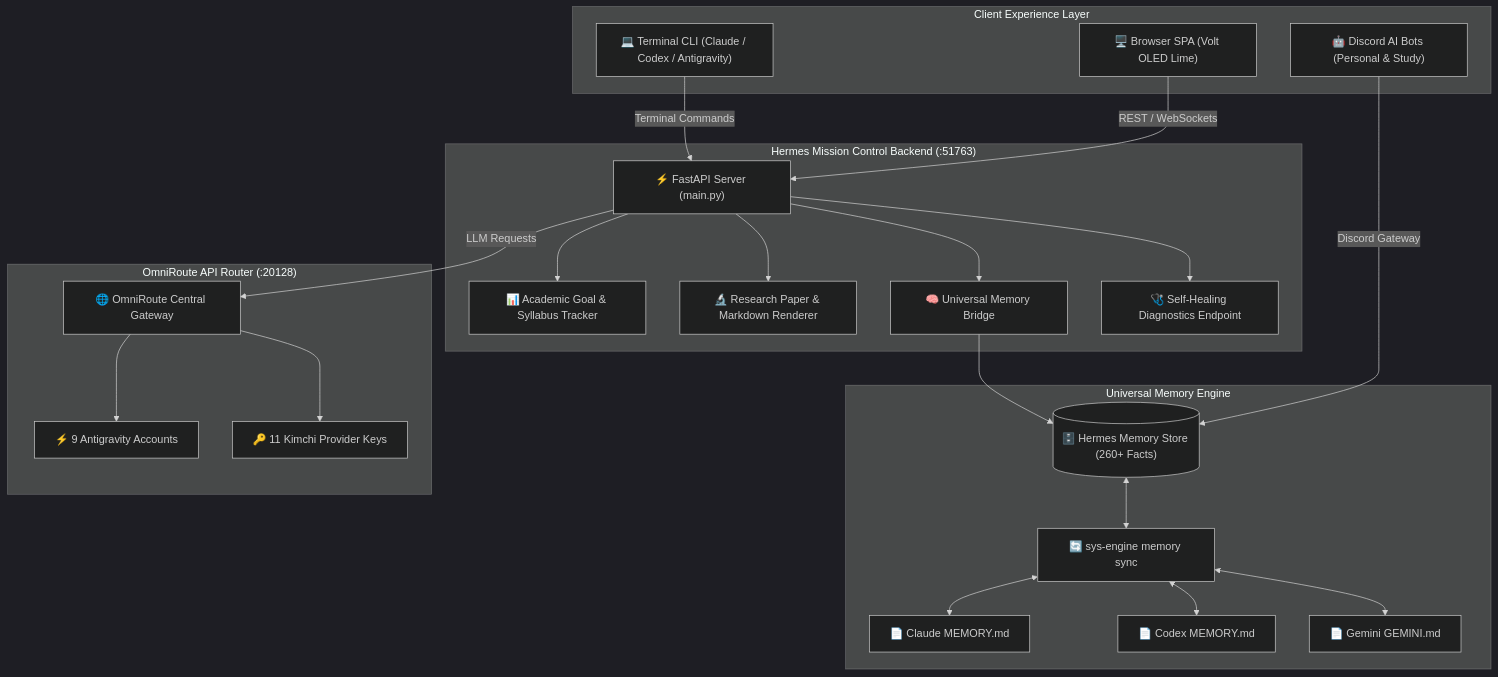
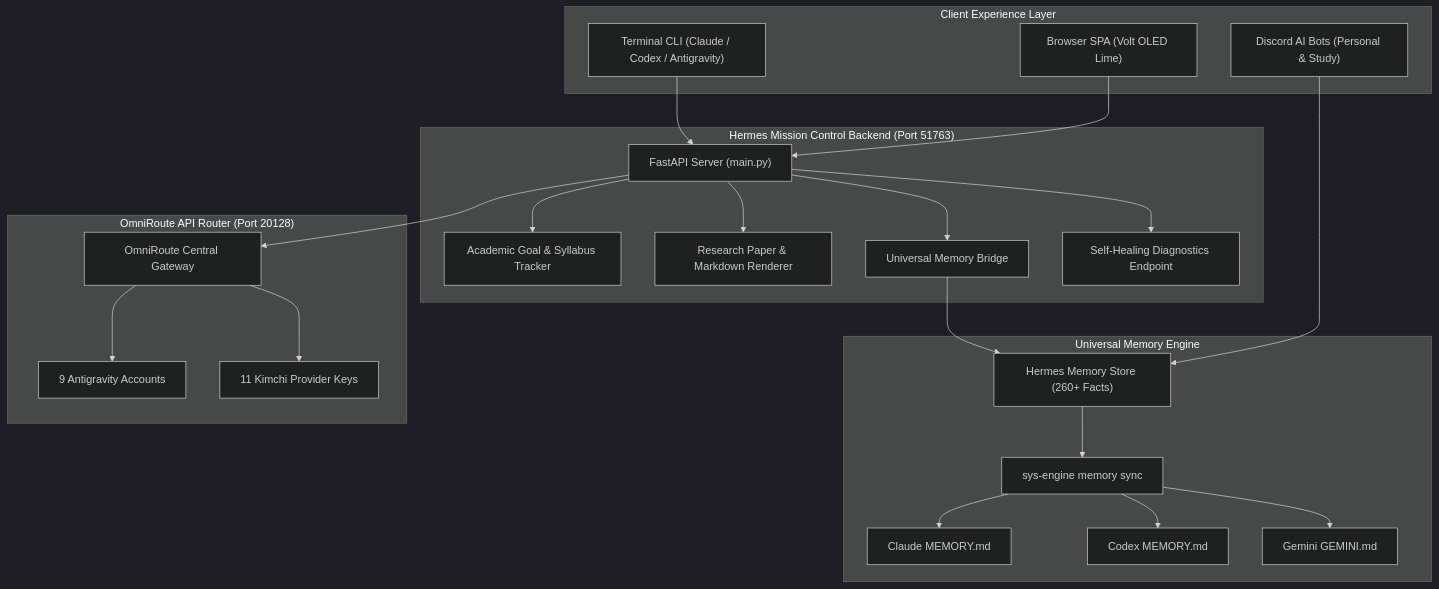
The diagram in README.md (Dhairya2289/Personal-AI-System), drawn with Mermaid (dark theme) before and after one commit. The commit also changed other lines of this file, not shown here.

Commit message:
fix(docs): update Mermaid diagram with standard syntax compatibility and add fallback ASCII architecture diagram

````diff
--- a/README.md
+++ b/README.md
@@ -57,40 +57,49 @@
 ```mermaid
 flowchart TD
     subgraph Clients ["Client Experience Layer"]
-        UI["🖥️ Browser SPA (Volt OLED Lime)"]
-        BOT["🤖 Discord AI Bots (Personal & Study)"]
-        CLI_U["💻 Terminal CLI (Claude / Codex / Antigravity)"]
+        UI["Browser SPA (Volt OLED Lime)"]
+        BOT["Discord AI Bots (Personal & Study)"]
+        CLI_U["Terminal CLI (Claude / Codex / Antigravity)"]
     end
 
-    subgraph Core ["Hermes Mission Control Backend (:51763)"]
-        API["⚡ FastAPI Server (main.py)"]
-        TRK["📊 Academic Goal & Syllabus Tracker"]
-        RSR["🔬 Research Paper & Markdown Renderer"]
-        MEM["🧠 Universal Memory Bridge"]
-        HLT["🩺 Self-Healing Diagnostics Endpoint"]
+    subgraph Core ["Hermes Mission Control Backend (Port 51763)"]
+        API["FastAPI Server (main.py)"]
+        TRK["Academic Goal & Syllabus Tracker"]
+        RSR["Research Paper & Markdown Renderer"]
+        MEM["Universal Memory Bridge"]
+        HLT["Self-Healing Diagnostics Endpoint"]
     end
 
-    subgraph Memory ["Universal Memory Engine"]
-        MDB[("🗄️ Hermes Memory Store (260+ Facts)")]
-        SYNC["🔄 sys-engine memory sync"]
-        CL_M["📄 Claude MEMORY.md"]
-        CX_M["📄 Codex MEMORY.md"]
-        GM_M["📄 Gemini GEMINI.md"]
+    subgraph MemoryEngine ["Universal Memory Engine"]
+        MDB["Hermes Memory Store (260+ Facts)"]
+        SYNC["sys-engine memory sync"]
+        CL_M["Claude MEMORY.md"]
+        CX_M["Codex MEMORY.md"]
+        GM_M["Gemini GEMINI.md"]
     end
 
-    subgraph Routing ["OmniRoute API Router (:20128)"]
-        OM["🌐 OmniRoute Central Gateway"]
-        AGY["⚡ 9 Antigravity Accounts"]
-        KMC["🔑 11 Kimchi Provider Keys"]
+    subgraph Routing ["OmniRoute API Router (Port 20128)"]
+        OM["OmniRoute Central Gateway"]
+        AGY["9 Antigravity Accounts"]
+        KMC["11 Kimchi Provider Keys"]
     end
 
-    UI -->|REST / WebSockets| API
-    BOT -->|Discord Gateway| MDB
-    CLI_U -->|Terminal Commands| API
-    API --> TRK & RSR & MEM & HLT
+    UI --> API
+    BOT --> MDB
+    CLI_U --> API
+
+    API --> TRK
+    API --> RSR
+    API --> MEM
+    API --> HLT
+
     MEM --> MDB
-    MDB <--> SYNC
-    SYNC <--> CL_M & CX_M & GM_M
-    API -->|LLM Requests| OM
-    OM --> AGY & KMC
+    MDB --> SYNC
+    SYNC --> CL_M
+    SYNC --> CX_M
+    SYNC --> GM_M
+
+    API --> OM
+    OM --> AGY
+    OM --> KMC
 ```
````
